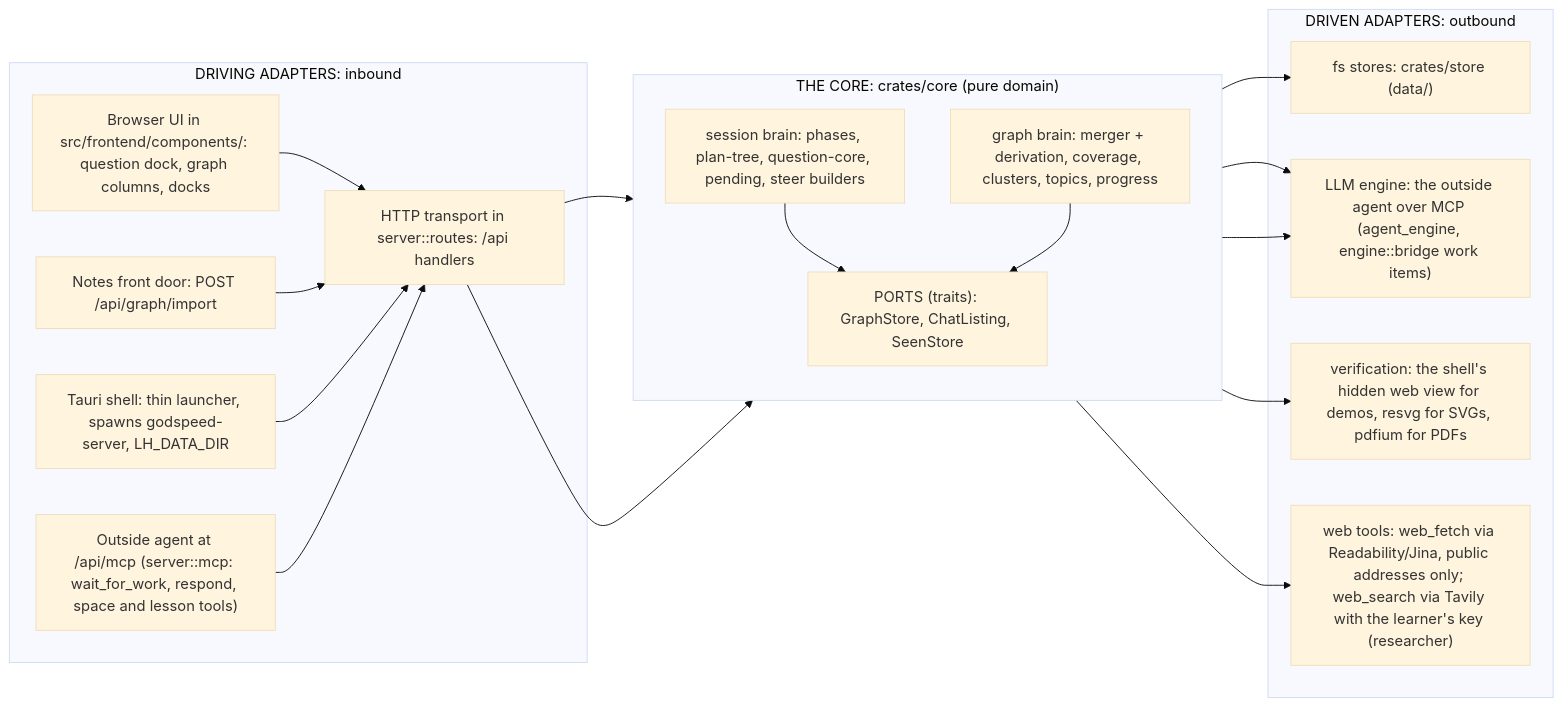
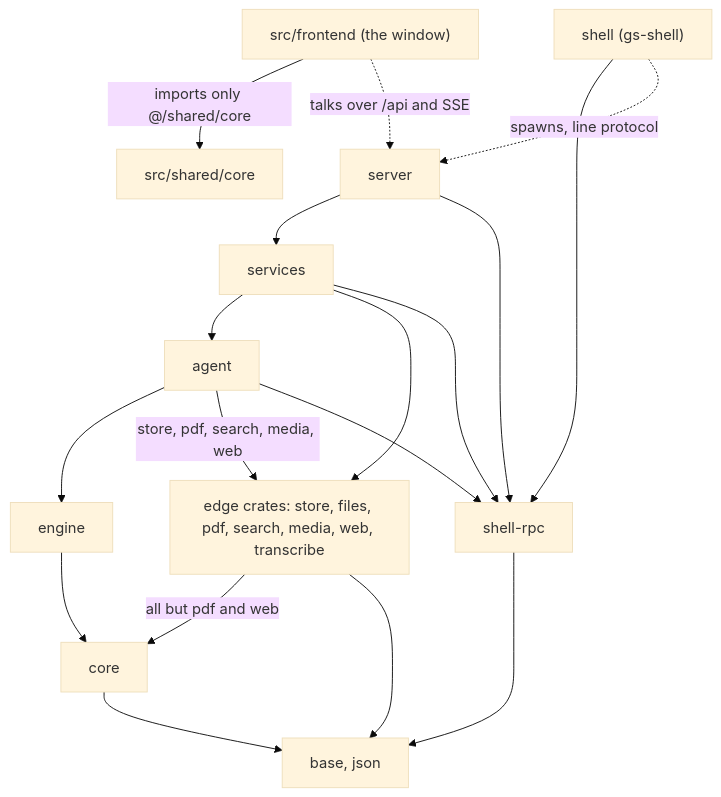
Before and after one commit to bayshores/godspeed: the first of 2 diagrams in docs/architecture.md, drawn with Mermaid (base theme). The commit also changed other lines of this file and 10 other files, not shown here.

````diff
--- a/docs/architecture.md
+++ b/docs/architecture.md
@@ -178,38 +50,20 @@
 ```mermaid
-flowchart LR
-    subgraph DRIVING["DRIVING ADAPTERS: inbound"]
-        BROWSER["Browser UI in src/frontend/components/: question dock, graph columns, docks"]
-        HTTP["HTTP transport in server::routes: /api handlers"]
-        MCPIN["Outside agent at /api/mcp (server::mcp: wait_for_work, respond, space and lesson tools)"]
-        NOTES["Notes front door: POST /api/graph/import"]
-        TAURI["Tauri shell: thin launcher, spawns godspeed-server, LH_DATA_DIR"]
-    end
-
-    subgraph HEXCORE["THE CORE: crates/core (pure domain)"]
-        direction TB
-        SESS["session brain: phases, plan-tree, question-core, pending, steer builders"]
-        GBRAIN["graph brain: merger + derivation, coverage, clusters, topics, progress"]
-        PORTSBOX["PORTS (traits): GraphStore, ChatListing, SeenStore"]
-    end
-
-    subgraph DRIVEN["DRIVEN ADAPTERS: outbound"]
-        FS["fs stores: crates/store (data/)"]
-        LLM["LLM engine: the outside agent over MCP (agent_engine, engine::bridge work items)"]
-        HEAD["verification: the shell's hidden web view for demos, resvg for SVGs, pdfium for PDFs"]
-        WEB["web tools: web_fetch via Readability/Jina, public addresses only; web_search via Tavily with the learner's key (researcher)"]
-    end
-
-    BROWSER --> HTTP
-    NOTES --> HTTP
-    TAURI --> HTTP
-    MCPIN --> HTTP
-    HTTP --> SESS
-    HTTP --> GBRAIN
-    SESS --> PORTSBOX
-    GBRAIN --> PORTSBOX
-    PORTSBOX --> FS
-    SESS --> LLM
-    GBRAIN --> LLM
-    SESS --> HEAD
-    SESS --> WEB
+flowchart TB
+    FE["src/frontend (the window)"] -->|"imports only @/shared/core"| TSCORE["src/shared/core"]
+    FE -.->|"talks over /api and SSE"| SERVER
+    SHELL["shell (gs-shell)"] --> RPC["shell-rpc"]
+    SHELL -.->|"spawns, line protocol"| SERVER
+    SERVER["server"] --> SERVICES["services"]
+    SERVICES --> AGENT["agent"]
+    AGENT --> ENGINE["engine"]
+    SERVICES --> EDGE["edge crates: store, files, pdf, search, media, web, transcribe"]
+    AGENT -->|"store, pdf, search, media, web"| EDGE
+    SERVER --> RPC
+    SERVICES --> RPC
+    AGENT --> RPC
+    ENGINE --> CORE["core"]
+    EDGE -->|"all but pdf and web"| CORE
+    CORE --> BASE["base, json"]
+    EDGE --> BASE
+    RPC --> BASE
 ```
````
